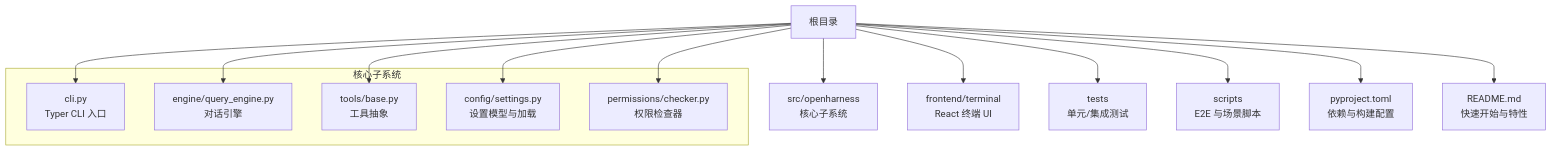
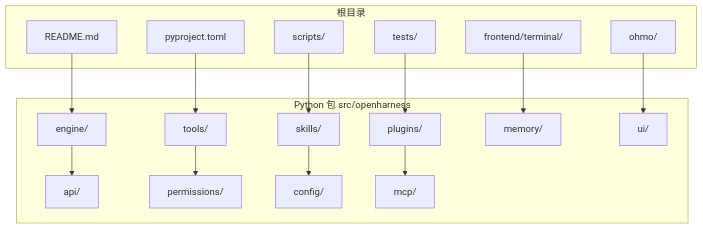
One commit to haolange/OpenHarness changed the first of 7 diagrams in .qoder/repowiki/zh/content/开发者指南/开发者指南.md. Above: the diagram before and after it, drawn with Mermaid. The commit also changed other lines of this file and 222 other files, not shown here.

````diff
--- a/.qoder/repowiki/zh/content/开发者指南/开发者指南.md
+++ b/.qoder/repowiki/zh/content/开发者指南/开发者指南.md
@@ -39,21 +41,33 @@
 ```mermaid
 graph TB
-A["根目录"] --> B["src/openharness<br/>核心子系统"]
-A --> C["frontend/terminal<br/>React 终端 UI"]
-A --> D["tests<br/>单元/集成测试"]
-A --> E["scripts<br/>E2E 与场景脚本"]
-A --> F["pyproject.toml<br/>依赖与构建配置"]
-A --> G["README.md<br/>快速开始与特性"]
-subgraph "核心子系统"
-B1["cli.py<br/>Typer CLI 入口"]
-B2["engine/query_engine.py<br/>对话引擎"]
-B3["tools/base.py<br/>工具抽象"]
-B4["config/settings.py<br/>设置模型与加载"]
-B5["permissions/checker.py<br/>权限检查器"]
+subgraph "根目录"
+A["README.md"]
+B["pyproject.toml"]
+C["scripts/"]
+D["tests/"]
+E["frontend/terminal/"]
+F["ohmo/"]
 end
-A --> B1
-A --> B2
-A --> B3
-A --> B4
-A --> B5
+subgraph "Python 包 src/openharness"
+G["engine/"]
+H["tools/"]
+I["skills/"]
+J["plugins/"]
+K["memory/"]
+L["ui/"]
+M["api/"]
+N["permissions/"]
+O["config/"]
+P["mcp/"]
+end
+A --> G
+B --> H
+C --> I
+D --> J
+E --> K
+F --> L
+G --> M
+H --> N
+I --> O
+J --> P
 ```
````
